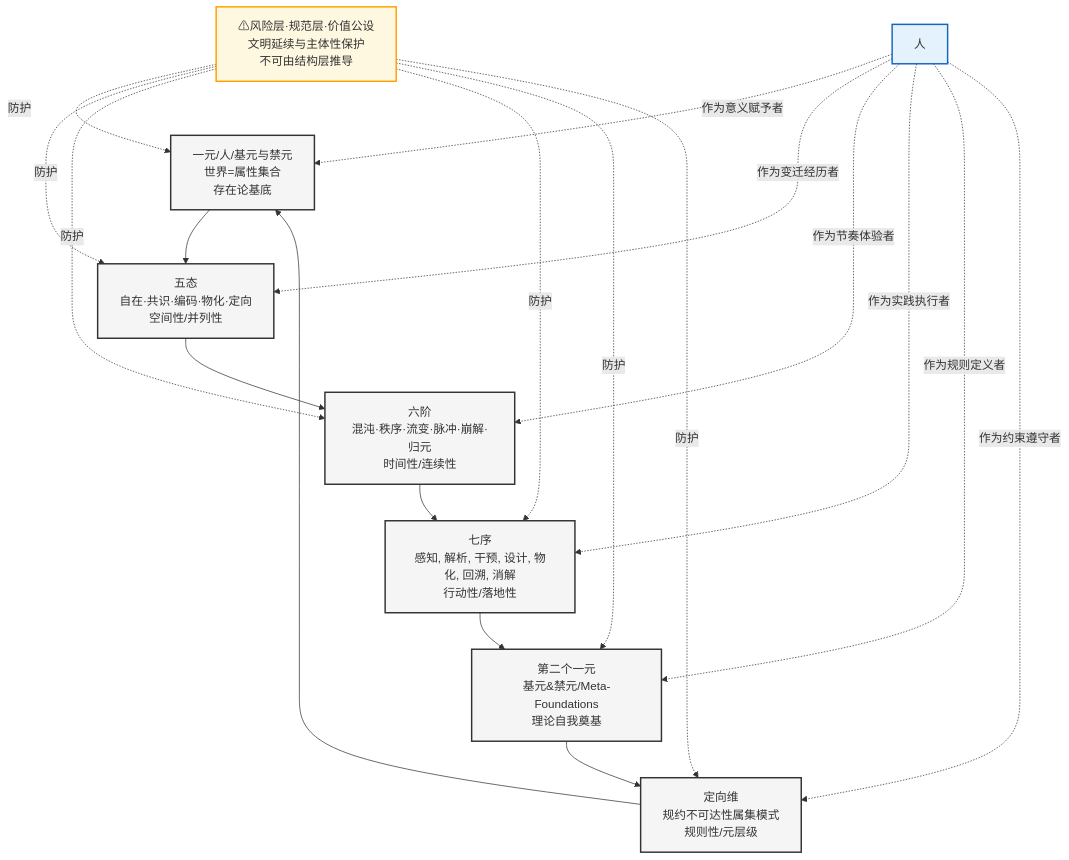
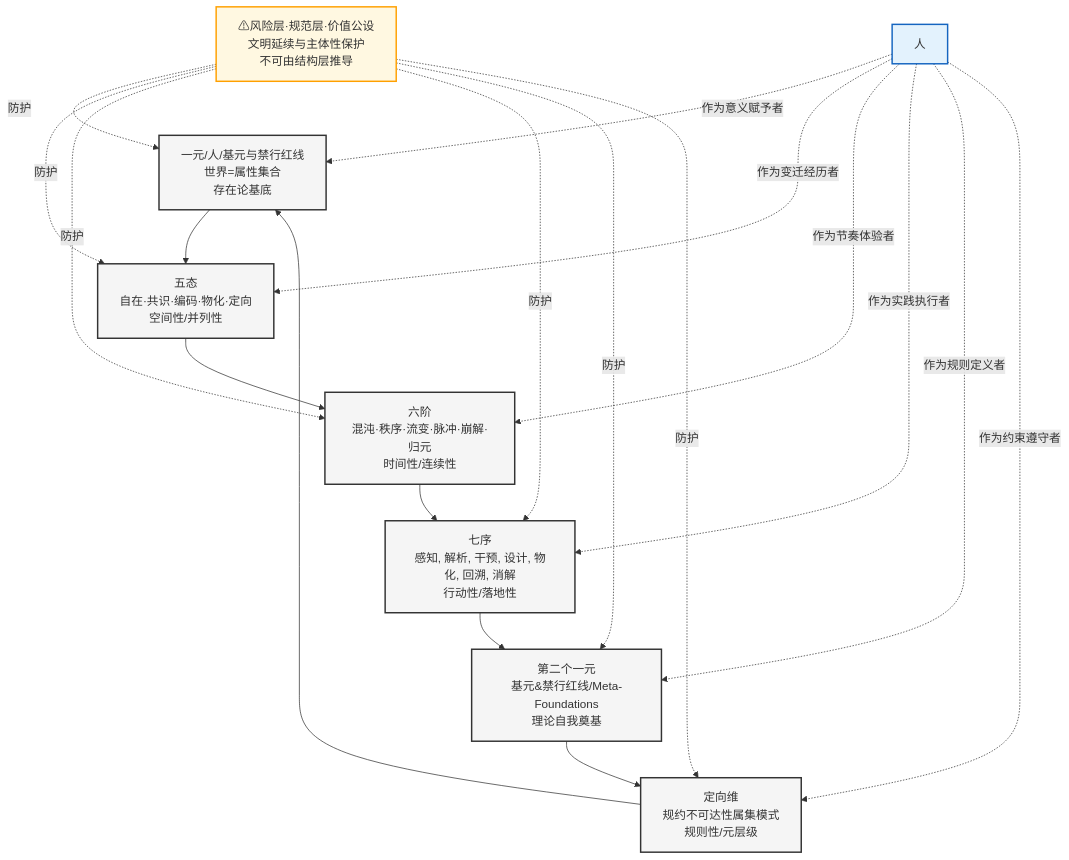
One commit to DeepKit/difference-monism changed the third of 4 diagrams in 20-应用框架层（ASTO）/papers/ASTO.P04.宣言.Phil.md. Above: the diagram before and after it, drawn with Mermaid. The commit also changed other lines of this file and 3451 other files, not shown here.

````diff
--- a/20-应用框架层（ASTO）/papers/ASTO.P04.宣言.Phil.md
+++ b/20-应用框架层（ASTO）/papers/ASTO.P04.宣言.Phil.md
@@ -884,39 +889,39 @@
 ```mermaid
 graph TD
     %% 核心循环
-    A[一元/人/基元与禁元<br/>世界=属性集合<br/>存在论基底] --> B[五态<br/>自在·共识·编码·物化·定向<br/>空间性/并列性]
+    A[一元/人/基元与禁行红线<br/>世界=属性集合<br/>存在论基底] --> B[五态<br/>自在·共识·编码·物化·定向<br/>空间性/并列性]
     
     B --> C[六阶<br/>混沌·秩序·流变·脉冲·崩解·归元<br/>时间性/连续性]
     
     C --> D[七序<br/>感知, 解析, 干预, 设计, 物化, 回溯, 消解<br/>行动性/落地性]
     
-    D --> E[第二个一元<br/>基元&禁元/Meta-Foundations<br/>理论自我奠基]
+    D --> E[第二个一元<br/>基元&禁行红线/Meta-Foundations<br/>理论自我奠基]
     
     E --> F[定向维<br/>规约不可达性属集模式<br/>规则性/元层级]
     
     F --> A
 
     %% 风险保护
     R[⚠风险层·规范层·价值公设<br/>文明延续与主体性保护<br/>不可由结构层推导] -.->|防护| A
     R -.->|防护| B
     R -.->|防护| C
     R -.->|防护| D
     R -.->|防护| E
     R -.->|防护| F
     
     %% 人的三重角色
     H[人] -.->|作为意义赋予者| A
     H -.->|作为变迁经历者| B
     H -.->|作为节奏体验者| C
     H -.->|作为实践执行者| D
     H -.->|作为规则定义者| E
     H -.->|作为约束遵守者| F
     
     classDef core fill:#f5f5f5,stroke:#333,stroke-width:2px
     classDef risk fill:#fff8e1,stroke:#ffa000,stroke-width:2px
     classDef human fill:#e3f2fd,stroke:#1565c0,stroke-width:2px
     
     class A,B,C,D,E,F core
     class R risk
     class H human
 ```
````
